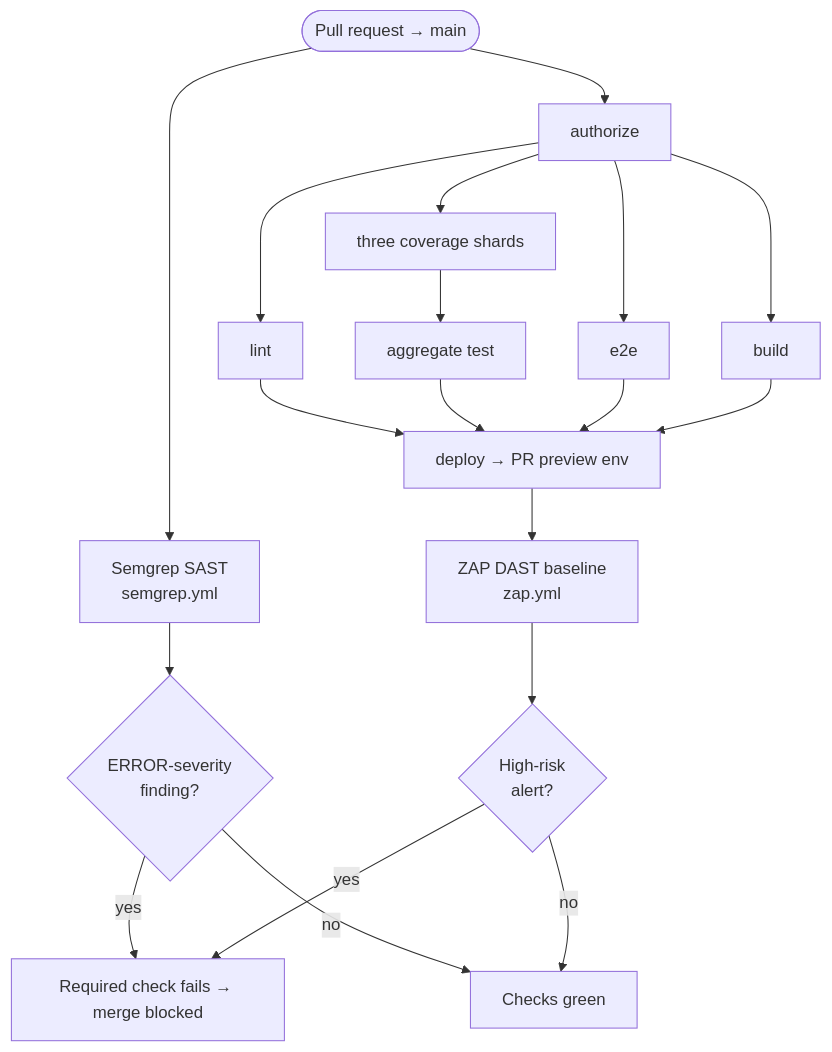
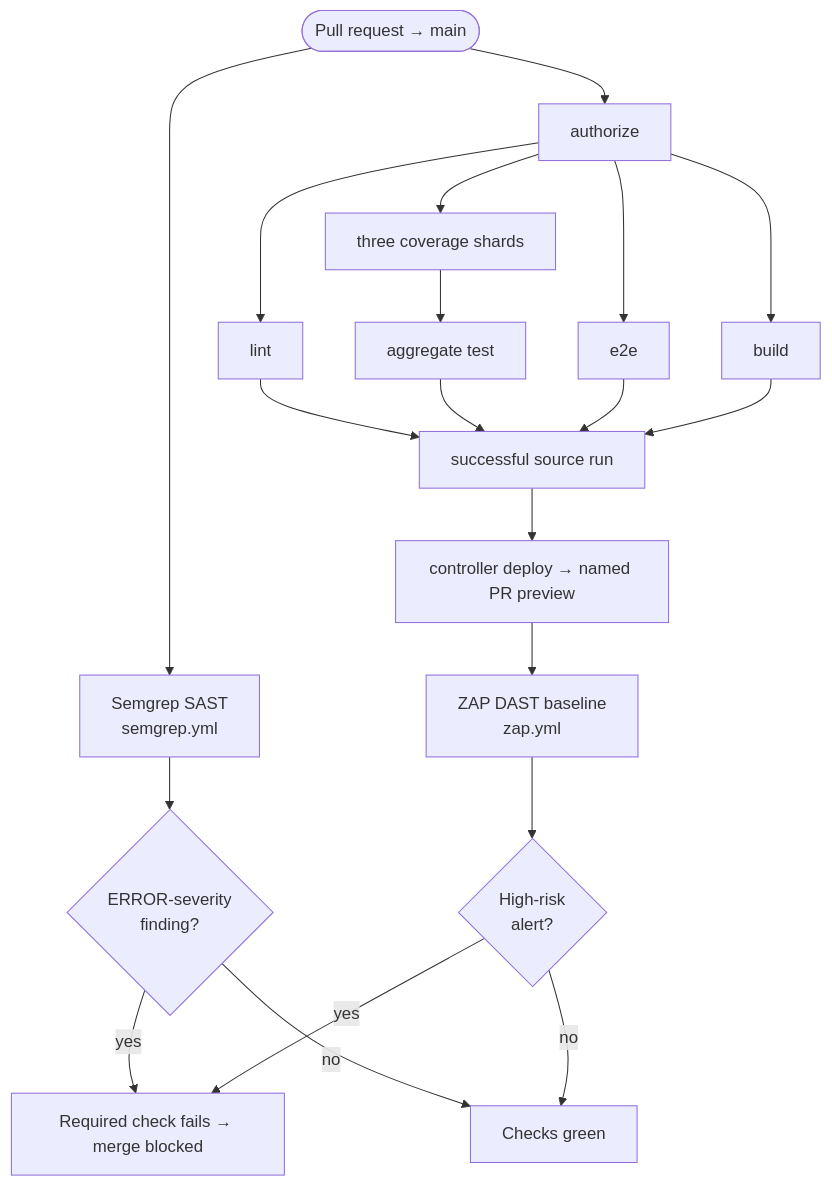
One commit to RetireGolden/RetireGolden changed the diagram in DOCS/operations/security-scanning.md. Above: the diagram before and after it, drawn with Mermaid. The commit also changed other lines of this file and 12 other files, not shown here.

````diff
--- a/DOCS/operations/security-scanning.md
+++ b/DOCS/operations/security-scanning.md
@@ -134,22 +131,23 @@
 ```mermaid
 flowchart TD
     PR([Pull request → main]) --> SEM[Semgrep SAST<br/>semgrep.yml]
     PR --> AUTH[authorize]
     AUTH --> LINT[lint]
     AUTH --> SHARDS[three coverage shards]
     AUTH --> E2E[e2e]
     AUTH --> BUILD[build]
     SHARDS --> TEST[aggregate test]
-    LINT --> DEPLOY[deploy → PR preview env]
-    TEST --> DEPLOY
-    E2E --> DEPLOY
-    BUILD --> DEPLOY
+    LINT --> SOURCE[successful source run]
+    TEST --> SOURCE
+    E2E --> SOURCE
+    BUILD --> SOURCE
+    SOURCE --> DEPLOY[controller deploy → named PR preview]
     DEPLOY --> DAST[ZAP DAST baseline<br/>zap.yml]
 
     SEM --> SGATE{ERROR-severity<br/>finding?}
     DAST --> ZGATE{High-risk<br/>alert?}
     SGATE -- yes --> BLOCK[Required check fails → merge blocked]
     ZGATE -- yes --> BLOCK
     SGATE -- no --> OK[Checks green]
     ZGATE -- no --> OK
 ```
````
